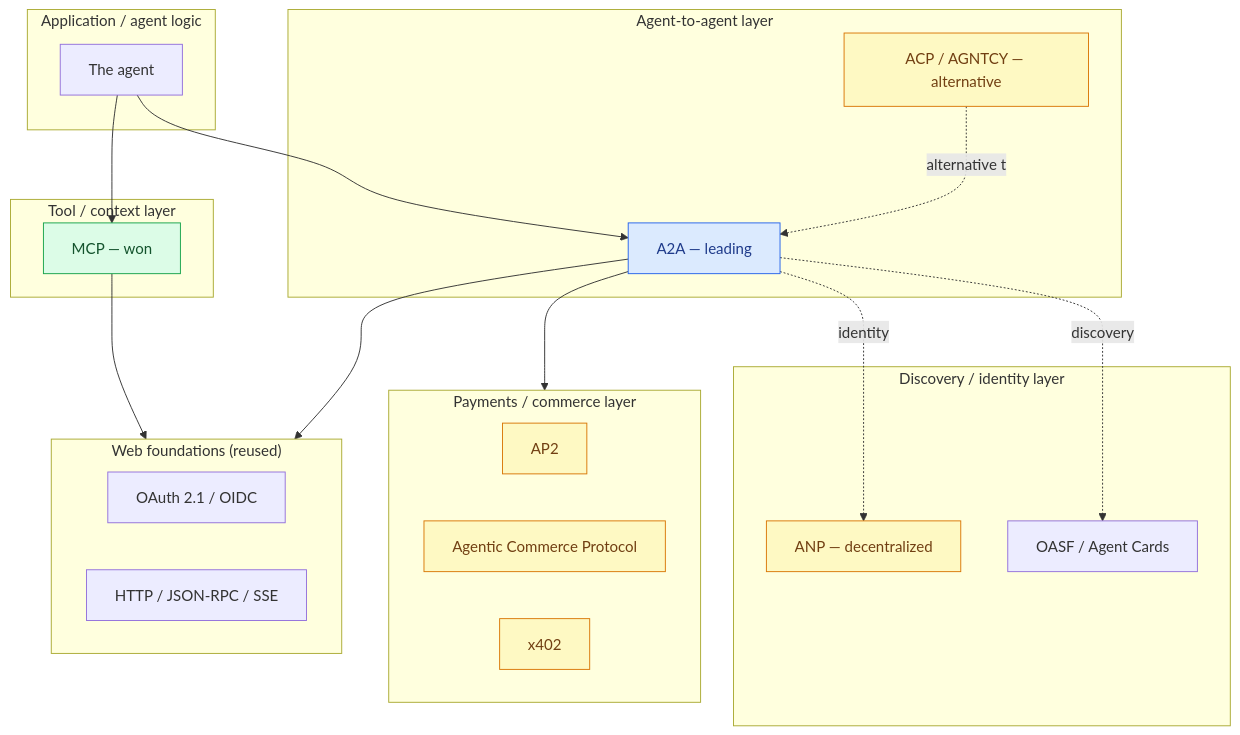
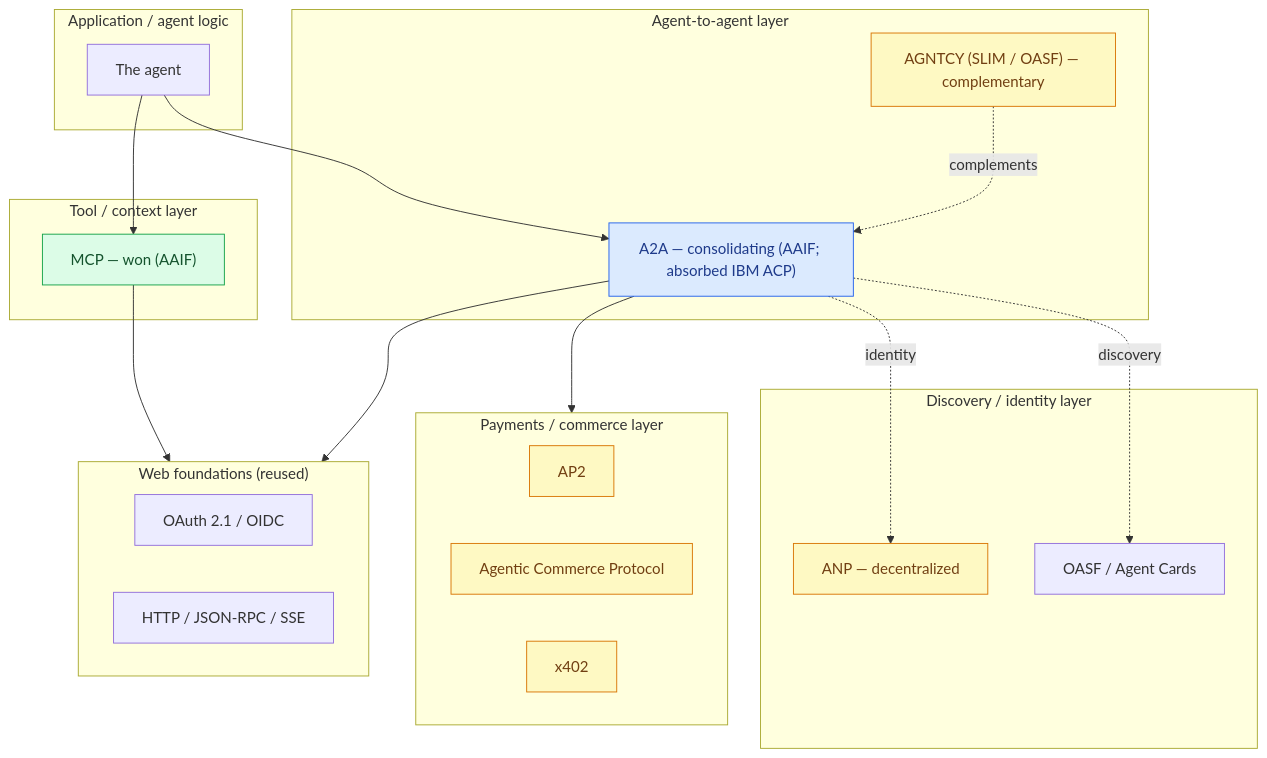
One commit to FrankHuang94/ai_agent_tech_claude changed the diagram in sections/15-standards-interoperability.md. Above: the diagram before and after it, drawn with Mermaid. The commit also changed other lines of this file and 11 other files, not shown here.

````diff
--- a/sections/15-standards-interoperability.md
+++ b/sections/15-standards-interoperability.md
@@ -44,42 +121,42 @@
 ```mermaid
 flowchart TB
     subgraph App["Application / agent logic"]
         AGENT[The agent]
     end
     subgraph AgentLayer["Agent-to-agent layer"]
-        A2A[A2A — leading]
-        ACP[ACP / AGNTCY — alternative]
+        A2A["A2A — consolidating (AAIF; absorbed IBM ACP)"]
+        AGNTCY["AGNTCY (SLIM / OASF) — complementary"]
     end
     subgraph ToolLayer["Tool / context layer"]
-        MCP[MCP — won]
+        MCP["MCP — won (AAIF)"]
     end
     subgraph DiscoveryLayer["Discovery / identity layer"]
         ANP[ANP — decentralized]
         OASF[OASF / Agent Cards]
     end
     subgraph PayLayer["Payments / commerce layer"]
         AP2[AP2]
         ACOMM[Agentic Commerce Protocol]
         X402[x402]
     end
     subgraph Foundation["Web foundations (reused)"]
         OAUTH[OAuth 2.1 / OIDC]
         HTTP[HTTP / JSON-RPC / SSE]
     end
 
     AGENT --> A2A
     AGENT --> MCP
     A2A -.discovery.-> OASF
     A2A -.identity.-> ANP
     A2A --> PayLayer
     A2A --> Foundation
     MCP --> Foundation
-    ACP -.alternative to.-> A2A
+    AGNTCY -.complements.-> A2A
 
     classDef won fill:#dcfce7,stroke:#16a34a,color:#14532d;
     classDef leading fill:#dbeafe,stroke:#2563eb,color:#1e3a8a;
     classDef contested fill:#fef9c3,stroke:#d97706,color:#713f12;
     class MCP won;
     class A2A leading;
-    class ACP,AP2,ACOMM,X402,ANP contested;
+    class AGNTCY,AP2,ACOMM,X402,ANP contested;
 ```
````
